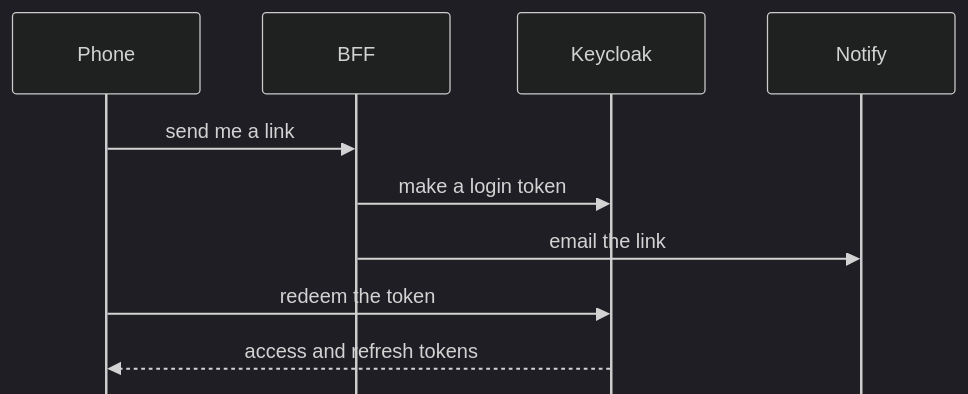
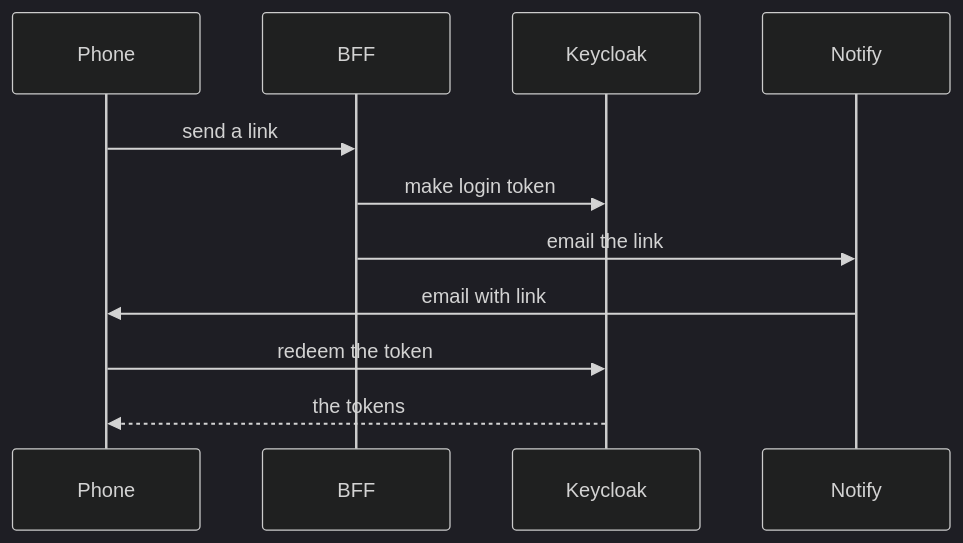
The first of 2 diagrams in infra/README.md (ravialdyh/my-money-recap-monorepo), drawn with Mermaid (dark theme) before and after one commit. The commit also changed other lines of this file and 21 other files, not shown here.

````diff
--- a/infra/README.md
+++ b/infra/README.md
@@ -20,17 +20,13 @@
 ```mermaid
----
-config:
-  sequence:
-    mirrorActors: false
----
 sequenceDiagram
     participant Phone
     participant BFF
     participant Keycloak
     participant Notify
-    Phone->>BFF: send me a link
-    BFF->>Keycloak: make a login token
+    Phone->>BFF: send a link
+    BFF->>Keycloak: make login token
     BFF->>Notify: email the link
+    Notify->>Phone: email with link
     Phone->>Keycloak: redeem the token
-    Keycloak-->>Phone: access and refresh tokens
+    Keycloak-->>Phone: the tokens
 ```
````
